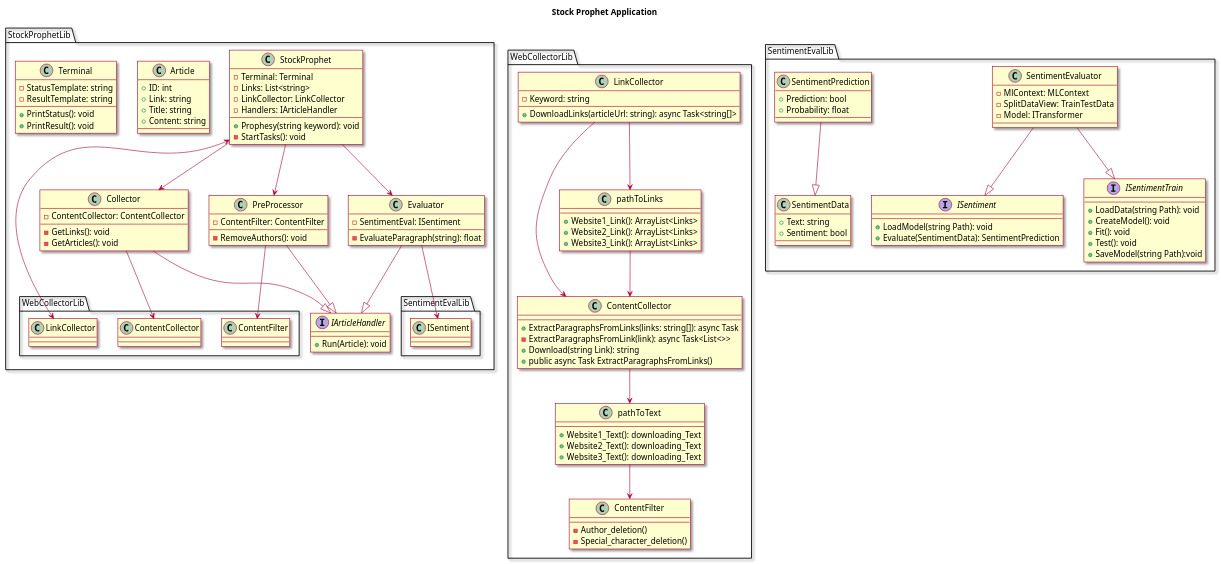
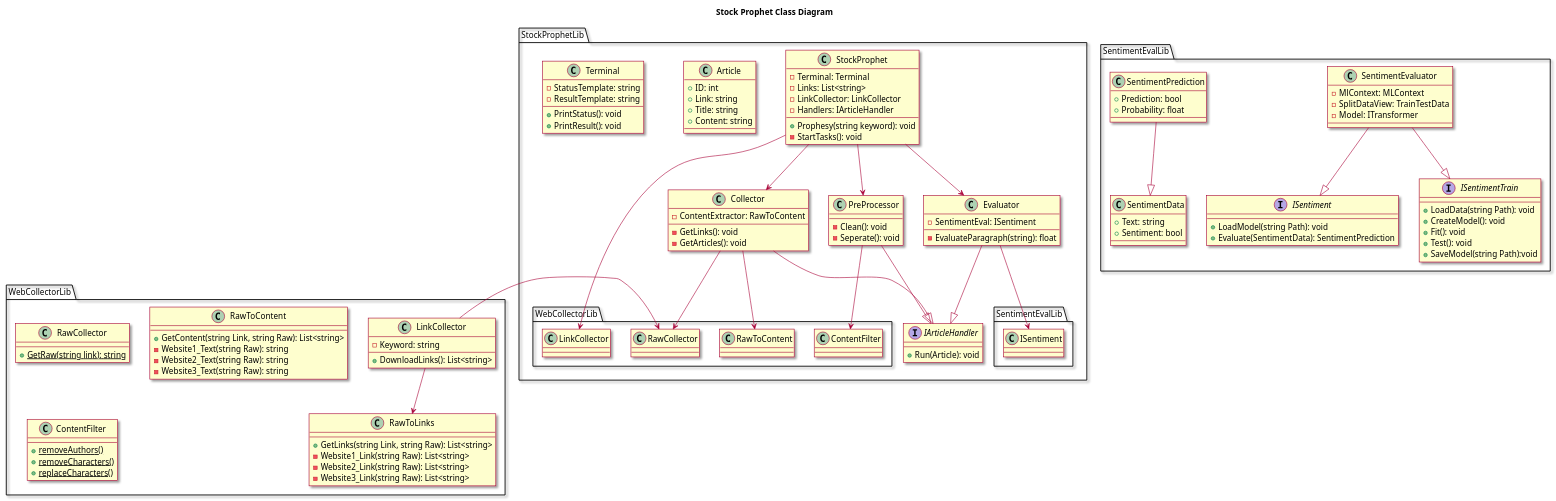
The diagram in doc/classDiagram.plantuml (Ifi-Softwareentwicklung-SoSe2023/TUBAF_SE-Project_StockProphet), drawn with PlantUML before and after one commit. The commit also changed 4 other files, not shown here.

Commit message:
Refactor WebCollectorLib in classDiagram; Update WebCollectorLib in src accordingly

```diff
--- a/doc/classDiagram.plantuml
+++ b/doc/classDiagram.plantuml
@@ -1,149 +1,147 @@
 @startuml Project Model Class Diagram
 
 skin rose
 
-title Stock Prophet Application
+title Stock Prophet Class Diagram
 
 
 package StockProphetLib {
 
     class StockProphet {
         -Terminal: Terminal
         -Links: List<string>
         -LinkCollector: LinkCollector
         -Handlers: IArticleHandler
         +Prophesy(string keyword): void
         -StartTasks(): void
     }
-    StockProphet <--> WebCollectorLib.LinkCollector
+    StockProphet --> WebCollectorLib.LinkCollector
     StockProphet --> Collector
     StockProphet --> PreProcessor
     StockProphet --> Evaluator
     
 
     interface IArticleHandler {
         +Run(Article): void
     }
 
 
     class Collector {
-        -ContentCollector: ContentCollector
+        -ContentExtractor: RawToContent
         -GetLinks(): void
         -GetArticles(): void
     }
     Collector --|> IArticleHandler
-    Collector --> WebCollectorLib.ContentCollector
+    Collector --> WebCollectorLib.RawCollector
+    Collector --> WebCollectorLib.RawToContent
     
 
     class PreProcessor {
-        -RemoveAuthors(): void
-        -ContentFilter: ContentFilter
+        -Clean(): void
+        -Seperate(): void
     }
     PreProcessor --|> IArticleHandler
     PreProcessor --> WebCollectorLib.ContentFilter
+
 
     class Evaluator {
         -SentimentEval: ISentiment
         -EvaluateParagraph(string): float
     }
     Evaluator --|> IArticleHandler
     Evaluator --> SentimentEvalLib.ISentiment
 
 
     class Article {
         +ID: int
         +Link: string
         +Title: string
         +Content: string
     }
 
 
     class Terminal {
         -StatusTemplate: string
         +PrintStatus(): void
         -ResultTemplate: string
         +PrintResult(): void
     }
 }
 
 
 package WebCollectorLib 
 {
     class LinkCollector {
-    
         -Keyword: string
-        +DownloadLinks(articleUrl: string): async Task<string[]>
+        +DownloadLinks(): List<string>
+    }
+    LinkCollector -down-> RawToLinks
+    LinkCollector -right-> RawCollector
 
-        
+
+    class RawCollector {
+        {static} +GetRaw(string link): string
     }
 
-    class ContentCollector {
-        +ExtractParagraphsFromLinks(links: string[]): async Task
-        -ExtractParagraphsFromLink(link): async Task<List<>>
-        +Download(string Link): string
-        +public async Task ExtractParagraphsFromLinks()
-         
+
+    class RawToLinks {
+        +GetLinks(string Link, string Raw): List<string>
+        -Website1_Link(string Raw): List<string>
+        -Website2_Link(string Raw): List<string>
+        -Website3_Link(string Raw): List<string>
     }
-    class pathToLinks {
-        +Website1_Link(): ArrayList<Links>
-        +Website2_Link(): ArrayList<Links>
-        +Website3_Link(): ArrayList<Links>
-    }
-    
-    class pathToText {
-        +Website1_Text(): downloading_Text
-        +Website2_Text(): downloading_Text
-        +Website3_Text(): downloading_Text
+   
+
+    class RawToContent {
+        +GetContent(string Link, string Raw): List<string>
+        -Website1_Text(string Raw): string
+        -Website2_Text(string Raw): string
+        -Website3_Text(string Raw): string
     }
 
+
     class ContentFilter {
-        -Author_deletion()
-        -Special_character_deletion()
+        {static} +removeAuthors()
+        {static} +removeCharacters()
+        {static} +replaceCharacters()
     }
-    pathToText --> ContentFilter
-    
-    
-    pathToLinks --> ContentCollector
-    LinkCollector --> ContentCollector
-    LinkCollector --> pathToLinks
-    ContentCollector --> pathToText
-
 }
 
 
 package SentimentEvalLib 
 {
     interface ISentiment {
         +LoadModel(string Path): void
         +Evaluate(SentimentData): SentimentPrediction
     }
 
     interface ISentimentTrain {
         +LoadData(string Path): void
         +CreateModel(): void
         +Fit(): void
         +Test(): void
         +SaveModel(string Path):void
     }
     
     class SentimentEvaluator {
         -MlContext: MLContext
         -SplitDataView: TrainTestData
         -Model: ITransformer
     }
     SentimentEvaluator --|> ISentiment
     SentimentEvaluator --|> ISentimentTrain
 
     class SentimentData {
         +Text: string
         +Sentiment: bool
     }
 
     class SentimentPrediction {
         +Prediction: bool
         +Probability: float
     }
     SentimentPrediction --|> SentimentData
 }
 
+
 @enduml
```
